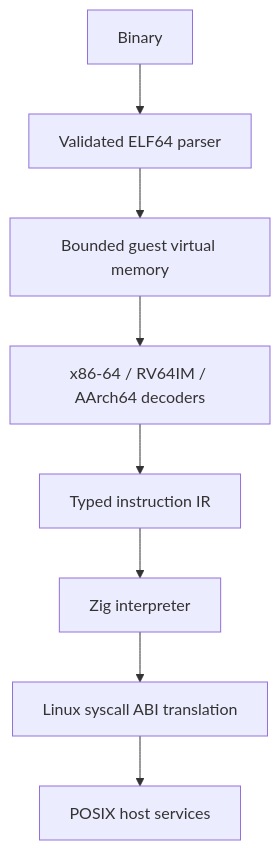
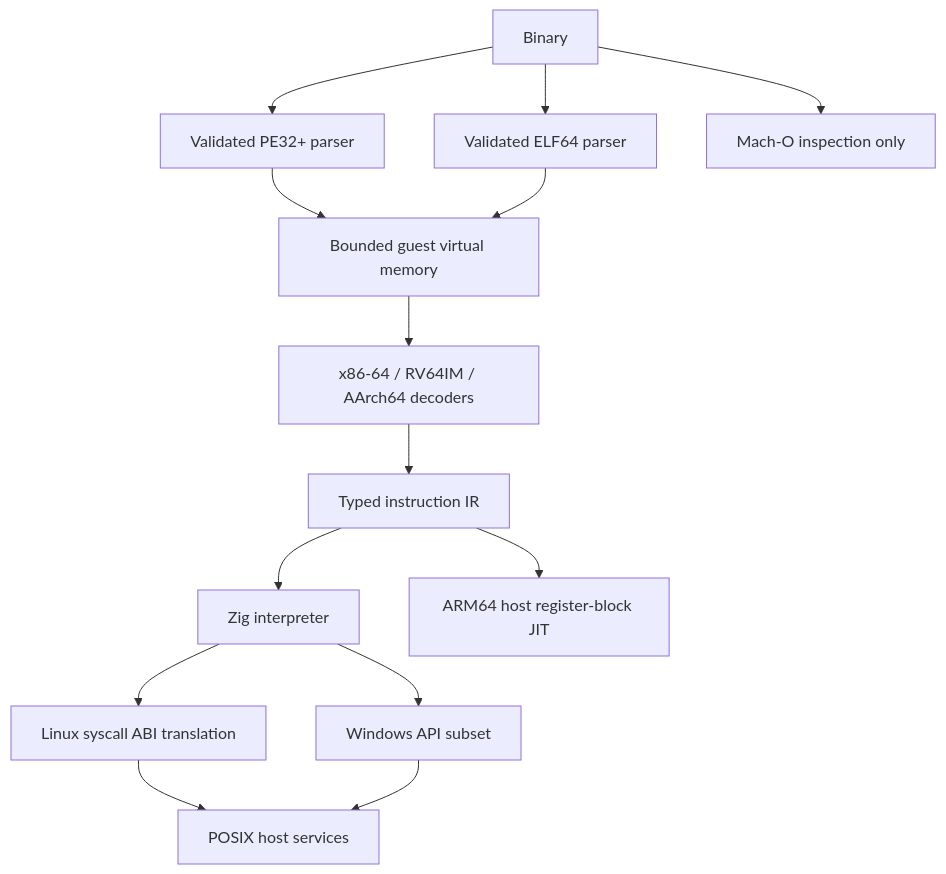
The diagram in docs/architecture.md (OthmaneBlial/universe), drawn with Mermaid before and after one commit. The commit also changed other lines of this file and 15 other files, not shown here.

````diff
--- a/docs/architecture.md
+++ b/docs/architecture.md
@@ -6,10 +6,16 @@
 ```mermaid
 flowchart TD
     Binary --> ELF[Validated ELF64 parser]
+    Binary --> PE[Validated PE32+ parser]
+    Binary --> MachO[Mach-O inspection only]
+    PE --> Memory
     ELF --> Memory[Bounded guest virtual memory]
     Memory --> Decode[x86-64 / RV64IM / AArch64 decoders]
     Decode --> UIR[Typed instruction IR]
     UIR --> Interpreter[Zig interpreter]
+    UIR --> JIT[ARM64 host register-block JIT]
     Interpreter --> Linux[Linux syscall ABI translation]
     Linux --> Host[POSIX host services]
+    Interpreter --> Windows[Windows API subset]
+    Windows --> Host
 ```
````
